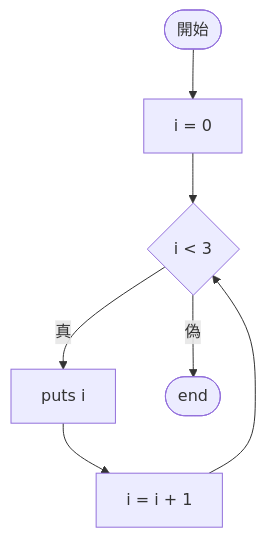
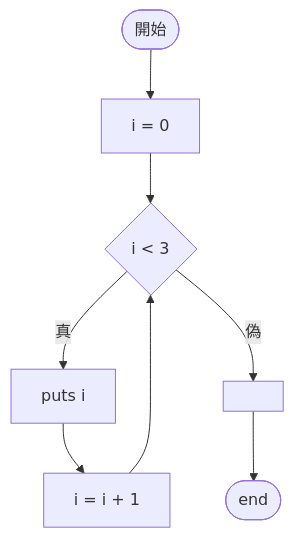
Before and after one commit to TORIFUKUKaiou/rails-dojo-year1-content: the second of 2 diagrams in 04/orientation.md, drawn with Mermaid.

Commit message:
Adjust counter flowchart layout to push end node to bottom

````diff
--- a/04/orientation.md
+++ b/04/orientation.md
@@ -136,9 +136,10 @@
 ```mermaid
 flowchart TD
     A([開始]) --> B["i = 0"]
     B --> C{i < 3}
     C -- 真 --> D["puts i"]
     D --> E["i = i + 1"]
     E --> C
-    C -- 偽 --> F([end])
+    C -- 偽 --> F[ ]
+    F --> G([end])
 ```
````
